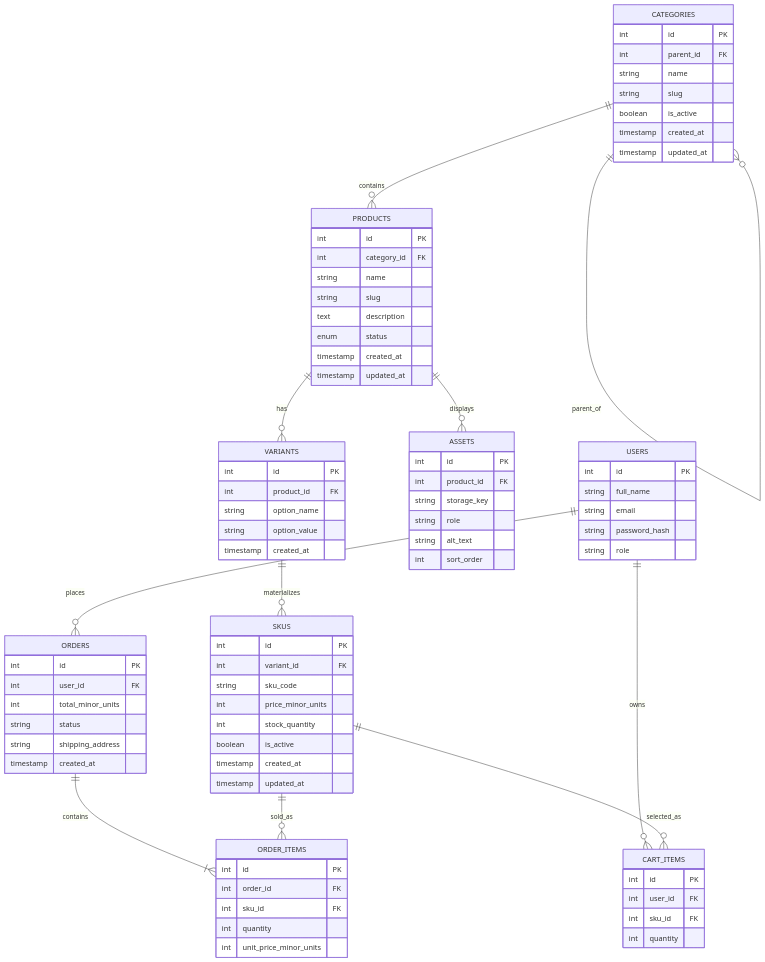
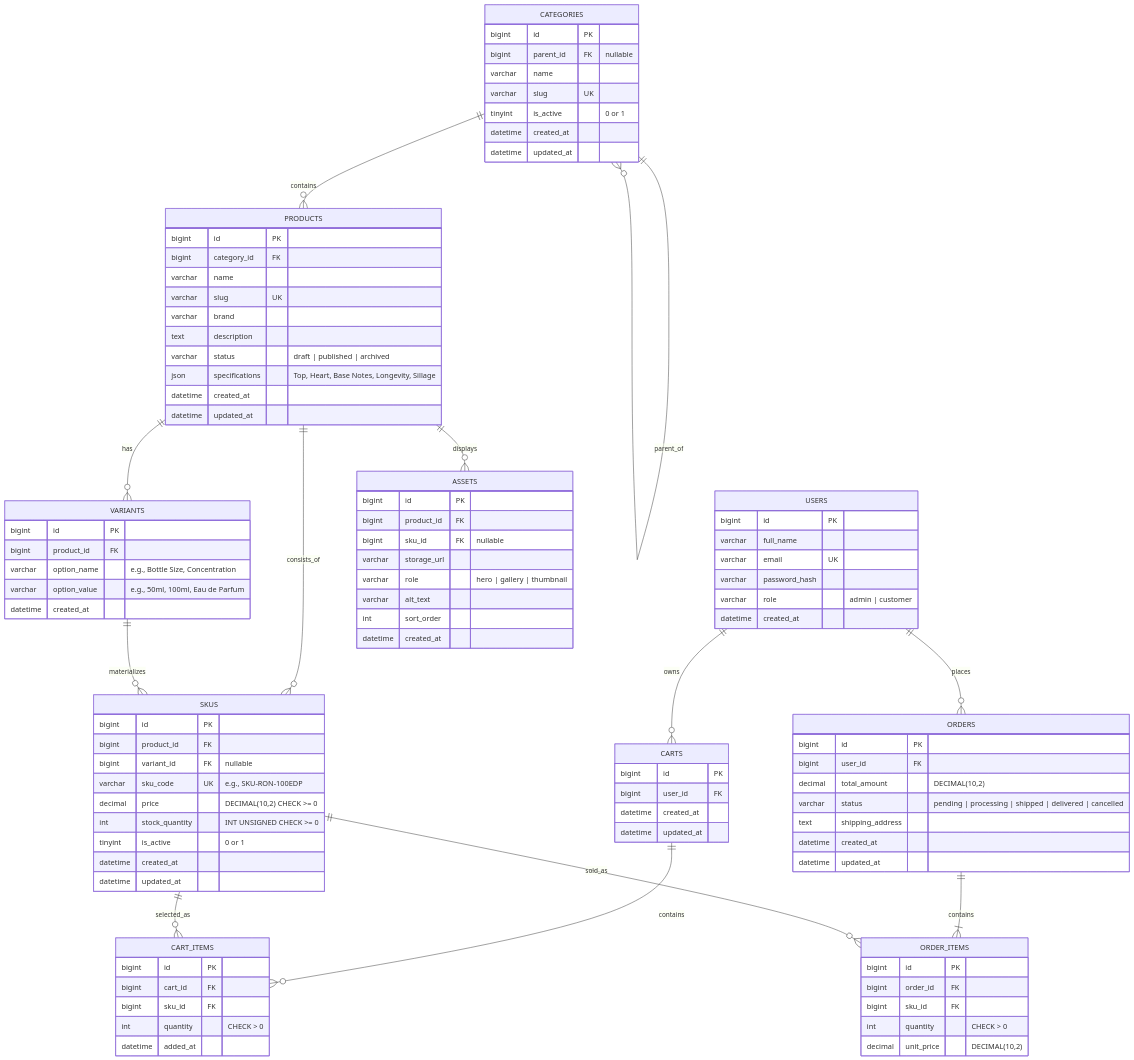
Before and after one commit to SahitoMuhammadyahya/e-commerce: the diagram in docs/SPRINT_2.md, drawn with Mermaid. The commit also changed other lines of this file, not shown here.

````diff
--- a/docs/SPRINT_2.md
+++ b/docs/SPRINT_2.md
@@ -53,94 +72,112 @@
 ```mermaid
 erDiagram
+    USERS ||--o{ ORDERS : places
+    USERS ||--o{ CARTS : owns
+    CARTS ||--o{ CART_ITEMS : contains
+    ORDERS ||--|{ ORDER_ITEMS : contains
+
     CATEGORIES ||--o{ CATEGORIES : parent_of
     CATEGORIES ||--o{ PRODUCTS : contains
     PRODUCTS ||--o{ VARIANTS : has
+    PRODUCTS ||--o{ SKUS : consists_of
     VARIANTS ||--o{ SKUS : materializes
     PRODUCTS ||--o{ ASSETS : displays
-    USERS ||--o{ ORDERS : places
-    USERS ||--o{ CART_ITEMS : owns
-    ORDERS ||--|{ ORDER_ITEMS : contains
+    SKUS ||--o{ CART_ITEMS : selected_as
     SKUS ||--o{ ORDER_ITEMS : sold_as
-    SKUS ||--o{ CART_ITEMS : selected_as
+
+    USERS {
+        bigint id PK
+        varchar full_name
+        varchar email UK
+        varchar password_hash
+        varchar role "admin | customer"
+        datetime created_at
+    }
 
     CATEGORIES {
-        int id PK
-        int parent_id FK
-        string name
-        string slug
-        boolean is_active
-        timestamp created_at
-        timestamp updated_at
+        bigint id PK
+        bigint parent_id FK "nullable"
+        varchar name
+        varchar slug UK
+        tinyint is_active "0 or 1"
+        datetime created_at
+        datetime updated_at
     }
 
     PRODUCTS {
-        int id PK
-        int category_id FK
-        string name
-        string slug
+        bigint id PK
+        bigint category_id FK
+        varchar name
+        varchar slug UK
+        varchar brand
         text description
-        enum status
-        timestamp created_at
-        timestamp updated_at
+        varchar status "draft | published | archived"
+        json specifications "Top, Heart, Base Notes, Longevity, Sillage"
+        datetime created_at
+        datetime updated_at
     }
 
     VARIANTS {
-        int id PK
-        int product_id FK
-        string option_name
-        string option_value
-        timestamp created_at
+        bigint id PK
+        bigint product_id FK
+        varchar option_name "e.g., Bottle Size, Concentration"
+        varchar option_value "e.g., 50ml, 100ml, Eau de Parfum"
+        datetime created_at
     }
 
     SKUS {
-        int id PK
-        int variant_id FK
-        string sku_code
-        int price_minor_units
-        int stock_quantity
-        boolean is_active
-        timestamp created_at
-        timestamp updated_at
+        bigint id PK
+        bigint product_id FK
+        bigint variant_id FK "nullable"
+        varchar sku_code UK "e.g., SKU-RON-100EDP"
+        decimal price "DECIMAL(10,2) CHECK >= 0"
+        int stock_quantity "INT UNSIGNED CHECK >= 0"
+        tinyint is_active "0 or 1"
+        datetime created_at
+        datetime updated_at
     }
 
     ASSETS {
-        int id PK
-        int product_id FK
-        string storage_key
-        string role
-        string alt_text
+        bigint id PK
+        bigint product_id FK
+        bigint sku_id FK "nullable"
+        varchar storage_url
+        varchar role "hero | gallery | thumbnail"
+        varchar alt_text
         int sort_order
+        datetime created_at
     }
 
-    USERS {
-        int id PK
-        string full_name
-        string email
-        string password_hash
-        string role
+    CARTS {
+        bigint id PK
+        bigint user_id FK
+        datetime created_at
+        datetime updated_at
+    }
+
+    CART_ITEMS {
+        bigint id PK
+        bigint cart_id FK
+        bigint sku_id FK
+        int quantity "CHECK > 0"
+        datetime added_at
     }
 
     ORDERS {
-        int id PK
-        int user_id FK
-        int total_minor_units
-        string status
-        string shipping_address
-        timestamp created_at
+        bigint id PK
+        bigint user_id FK
+        decimal total_amount "DECIMAL(10,2)"
+        varchar status "pending | processing | shipped | delivered | cancelled"
+        text shipping_address
+        datetime created_at
+        datetime updated_at
     }
 
     ORDER_ITEMS {
-        int id PK
-        int order_id FK
-        int sku_id FK
-        int quantity
-        int unit_price_minor_units
-    }
-
-    CART_ITEMS {
-        int id PK
-        int user_id FK
-        int sku_id FK
-        int quantity
+        bigint id PK
+        bigint order_id FK
+        bigint sku_id FK
+        int quantity "CHECK > 0"
+        decimal unit_price "DECIMAL(10,2)"
     }
 ```
````
